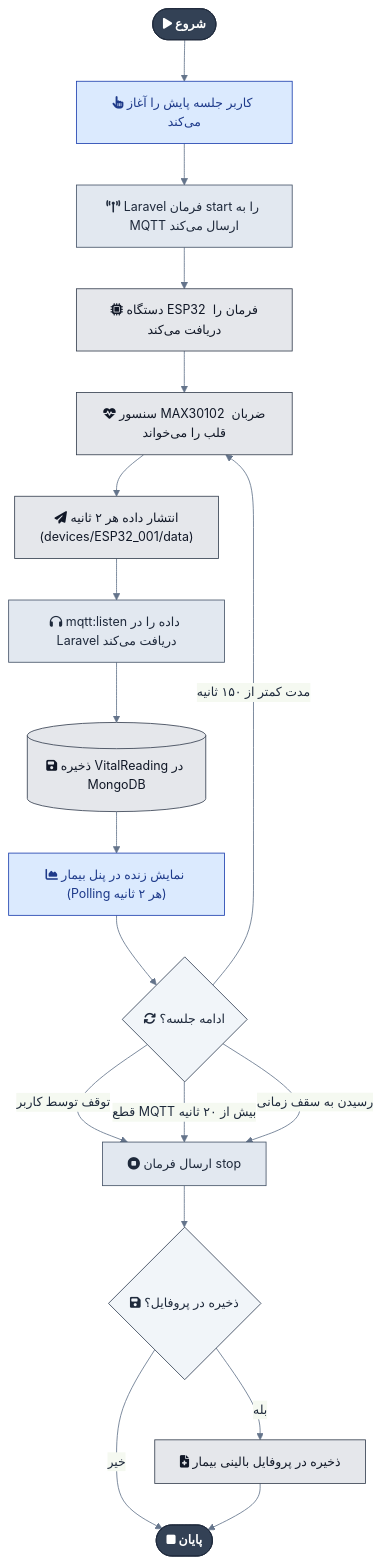
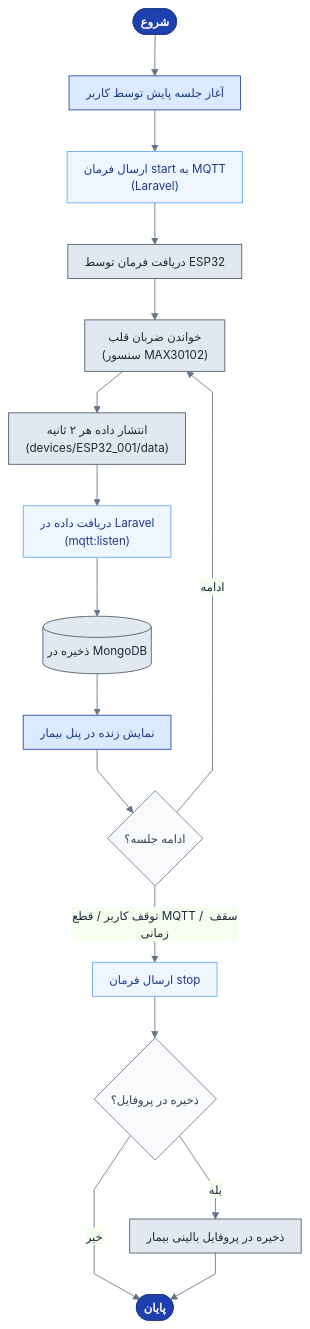
One commit to Mreza-mh/echo_prj changed the diagram in docs/diagrams/v2/04_activity_vitals.mmd. Above: the diagram before and after it, drawn with Mermaid. The commit also changed 34 other files, not shown here.

```diff
--- a/docs/diagrams/v2/04_activity_vitals.mmd
+++ b/docs/diagrams/v2/04_activity_vitals.mmd
@@ -1,28 +1,26 @@
-%%{init: {'theme':'base', 'themeVariables': {'primaryColor':'#f1f5f9','primaryBorderColor':'#334155','primaryTextColor':'#1e293b','lineColor':'#64748b','fontSize':'15px'}}}%%
+%%{init: {'theme':'base', 'flowchart': {'curve':'linear', 'nodeSpacing':45, 'rankSpacing':50, 'padding':10}, 'themeVariables': {'primaryColor':'#eff6ff','primaryBorderColor':'#1e40af','primaryTextColor':'#1e293b','lineColor':'#64748b','fontSize':'14px'}}}%%
 flowchart TD
-    classDef startEnd fill:#334155,stroke:#1e293b,color:#fff,font-weight:bold
+    classDef startEnd fill:#1e40af,stroke:#1e3a8a,color:#ffffff,font-weight:bold
     classDef user fill:#dbeafe,stroke:#1e40af,color:#1e3a8a
-    classDef iot fill:#e5e7eb,stroke:#374151,color:#111827
-    classDef server fill:#e2e8f0,stroke:#475569,color:#1e293b
-    classDef decision fill:#f1f5f9,stroke:#334155,color:#1e293b
-    classDef data fill:#e5e7eb,stroke:#374151,color:#111827
+    classDef iot fill:#e2e8f0,stroke:#475569,color:#1e293b
+    classDef server fill:#eff6ff,stroke:#60a5fa,color:#1e3a8a
+    classDef decision fill:#f8fafc,stroke:#64748b,color:#334155
+    classDef data fill:#e2e8f0,stroke:#475569,color:#1e293b
 
-    Start(["fa:fa-play شروع"]):::startEnd --> A["fa:fa-hand-pointer کاربر جلسه پایش را آغاز می‌کند"]:::user
-    A --> B["fa:fa-broadcast-tower Laravel فرمان start را به MQTT ارسال می‌کند"]:::server
-    B --> C["fa:fa-microchip دستگاه ESP32 فرمان را دریافت می‌کند"]:::iot
-    C --> D["fa:fa-heartbeat سنسور MAX30102 ضربان قلب را می‌خواند"]:::iot
-    D --> E["fa:fa-paper-plane انتشار داده هر ۲ ثانیه\n(devices/ESP32_001/data)"]:::iot
-    E --> F["fa:fa-headphones mqtt:listen داده را در Laravel دریافت می‌کند"]:::server
-    F --> G[("fa:fa-save ذخیره VitalReading در MongoDB")]:::data
-    G --> H["fa:fa-chart-area نمایش زنده در پنل بیمار (Polling هر ۲ ثانیه)"]:::user
+    Start(["شروع"]):::startEnd --> A["آغاز جلسه پایش توسط کاربر"]:::user
+    A --> B["ارسال فرمان start به MQTT<br/>(Laravel)"]:::server
+    B --> C["دریافت فرمان توسط ESP32"]:::iot
+    C --> D["خواندن ضربان قلب<br/>(سنسور MAX30102)"]:::iot
+    D --> E["انتشار داده هر ۲ ثانیه<br/>(devices/ESP32_001/data)"]:::iot
+    E --> F["دریافت داده در Laravel<br/>(mqtt:listen)"]:::server
+    F --> G[("ذخیره در MongoDB")]:::data
+    G --> H["نمایش زنده در پنل بیمار"]:::user
 
-    H --> I{"fa:fa-sync ادامه جلسه؟"}:::decision
-    I -->|"مدت کمتر از ۱۵۰ ثانیه"| D
-    I -->|"توقف توسط کاربر"| J["fa:fa-stop-circle ارسال فرمان stop"]:::server
-    I -->|"قطع MQTT بیش از ۲۰ ثانیه"| J
-    I -->|"رسیدن به سقف زمانی"| J
+    H --> I{"ادامه جلسه؟"}:::decision
+    I -->|"ادامه"| D
+    I -->|"توقف کاربر / قطع MQTT / سقف زمانی"| J["ارسال فرمان stop"]:::server
 
-    J --> K{"fa:fa-save ذخیره در پروفایل؟"}:::decision
-    K -->|"بله"| L["fa:fa-file-medical ذخیره در پروفایل بالینی بیمار"]:::data
-    K -->|"خیر"| End(["fa:fa-stop پایان"]):::startEnd
+    J --> K{"ذخیره در پروفایل؟"}:::decision
+    K -->|"بله"| L["ذخیره در پروفایل بالینی بیمار"]:::data
+    K -->|"خیر"| End(["پایان"]):::startEnd
     L --> End
```
